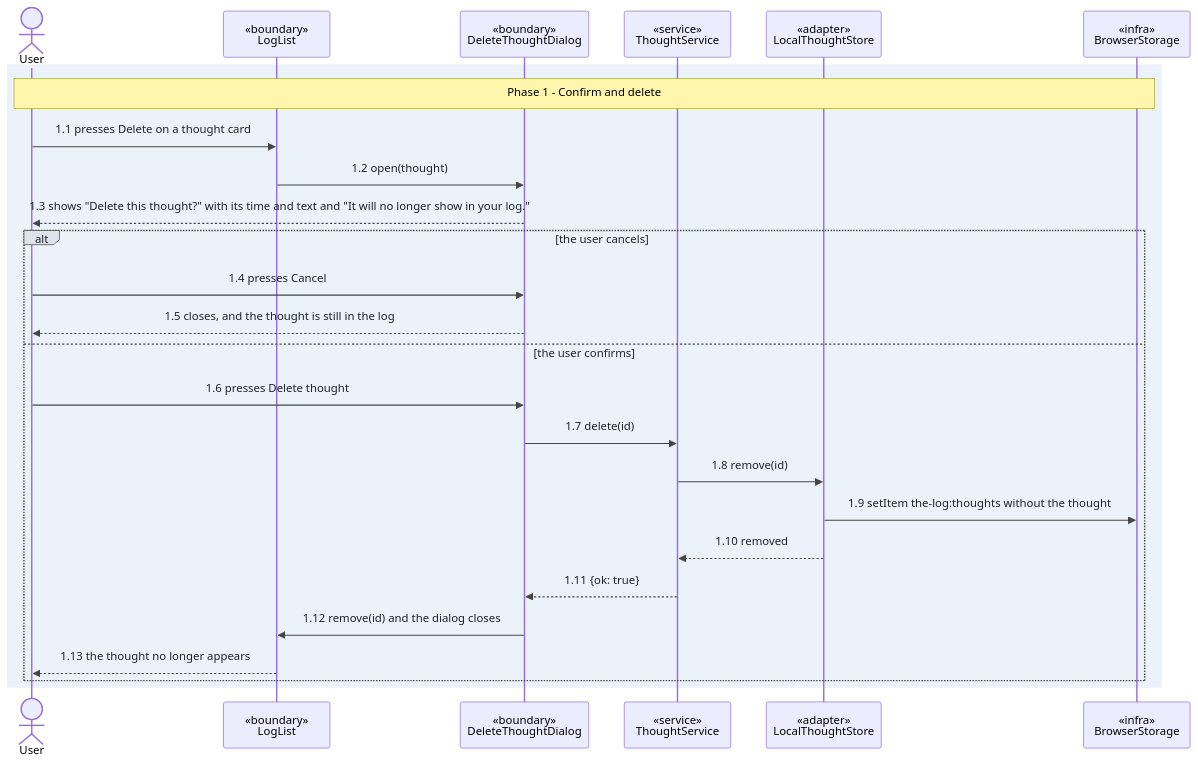
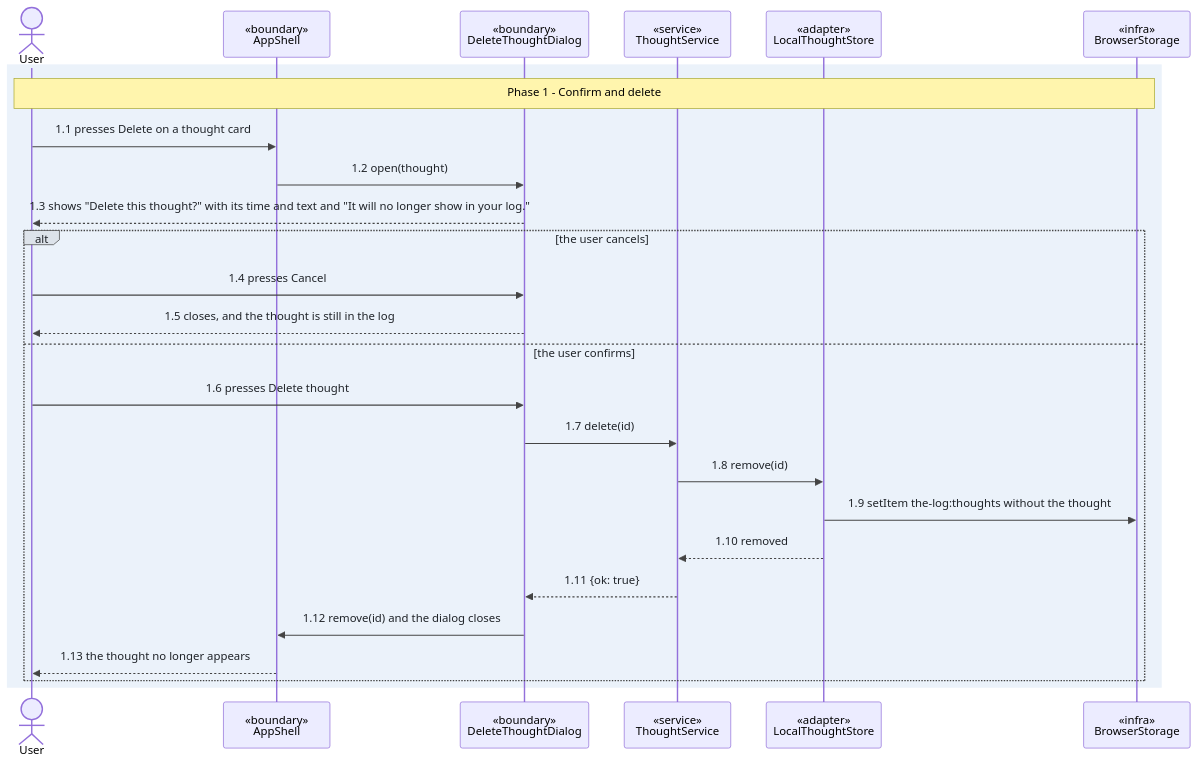
Before and after one commit to joisse1101/the-log: the sixth of 7 diagrams in wiki/thoughts/design.md, drawn with Mermaid. The commit also changed other lines of this file and 1 other file, not shown here.

Commit message:
docs(thoughts): draw AppShell in the diagrams and match the code

````diff
--- a/wiki/thoughts/design.md
+++ b/wiki/thoughts/design.md
@@ -432,29 +442,29 @@
 ```mermaid
 %%{init: {'themeVariables': {'signalTextColor':'#1f2328','labelTextColor':'#1f2328','loopTextColor':'#1f2328','signalColor':'#444','labelBoxBkgColor':'#dde3ea','labelBoxBorderColor':'#444'}}}%%
 sequenceDiagram
   actor U as User
-  participant L as «boundary»<br/>LogList
+  participant L as «boundary»<br/>AppShell
   participant X as «boundary»<br/>DeleteThoughtDialog
   participant S as «service»<br/>ThoughtService
   participant LS as «adapter»<br/>LocalThoughtStore
   participant BS as «infra»<br/>BrowserStorage
   rect rgb(235, 242, 250)
     Note over U,BS: Phase 1 - Confirm and delete
     U->>L: 1.1 presses Delete on a thought card
     L->>X: 1.2 open(thought)
     X-->>U: 1.3 shows "Delete this thought?" with its time and text and "It will no longer show in your log."
     alt the user cancels
       U->>X: 1.4 presses Cancel
       X-->>U: 1.5 closes, and the thought is still in the log
     else the user confirms
       U->>X: 1.6 presses Delete thought
       X->>S: 1.7 delete(id)
       S->>LS: 1.8 remove(id)
       LS->>BS: 1.9 setItem the-log:thoughts without the thought
       LS-->>S: 1.10 removed
       S-->>X: 1.11 {ok: true}
       X->>L: 1.12 remove(id) and the dialog closes
       L-->>U: 1.13 the thought no longer appears
     end
   end
 ```
````
